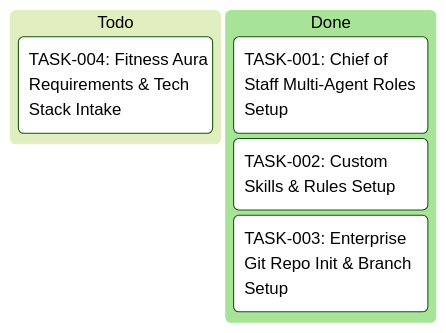
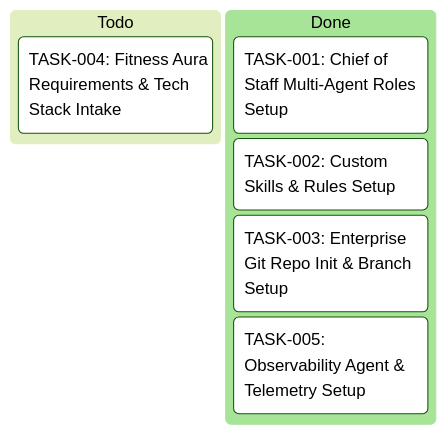
Before and after one commit to chunga168/aura-fitness-cos: the diagram in docs/sprints/sprint_board.md, drawn with Mermaid (forest theme). The commit also changed 7 other files, not shown here.

Commit message:
feat(observability): add Observability Agent role, logging rules, and telemetry runbook

````diff
--- a/docs/sprints/sprint_board.md
+++ b/docs/sprints/sprint_board.md
@@ -5,9 +5,10 @@
 ```mermaid
 kanban
   Todo
     [TASK-004: Fitness Aura Requirements & Tech Stack Intake]
   Done
     [TASK-001: Chief of Staff Multi-Agent Roles Setup]
     [TASK-002: Custom Skills & Rules Setup]
     [TASK-003: Enterprise Git Repo Init & Branch Setup]
+    [TASK-005: Observability Agent & Telemetry Setup]
 ```
````
